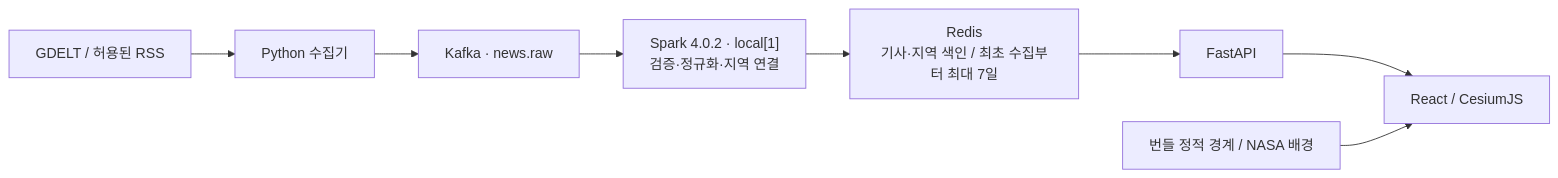
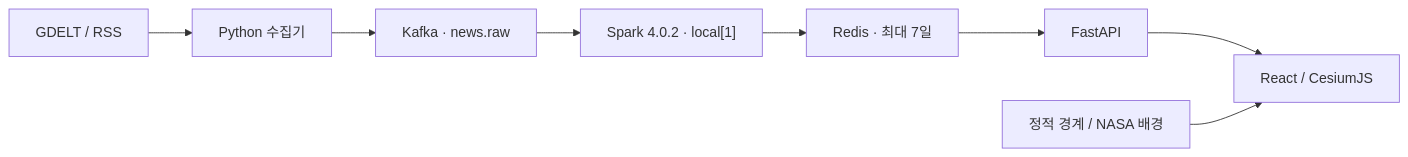
Before and after one commit to jaemanc/terra-newsphere: the diagram in README.md, drawn with Mermaid. The commit also changed other lines of this file and 2 other files, not shown here.

````diff
--- a/README.md
+++ b/README.md
@@ -58,10 +68,6 @@
 ```mermaid
 flowchart LR
-    Sources["GDELT / 허용된 RSS"] --> Collector["Python 수집기"]
-    Collector --> Kafka["Kafka · news.raw"]
-    Kafka --> Spark["Spark 4.0.2 · local[1]<br/>검증·정규화·지역 연결"]
-    Spark --> Redis["Redis<br/>기사·지역 색인 / 최초 수집부터 최대 7일"]
-    Redis --> API["FastAPI"]
-    API --> UI["React / CesiumJS"]
-    Geo["번들 정적 경계 / NASA 배경"] --> UI
+    Feed["GDELT / RSS"] --> Collector["Python 수집기"] --> Kafka["Kafka · news.raw"]
+    Kafka --> Spark["Spark 4.0.2 · local[1]"] --> Redis["Redis · 최대 7일"] --> API["FastAPI"] --> UI["React / CesiumJS"]
+    Geo["정적 경계 / NASA 배경"] --> UI
 ```
````
